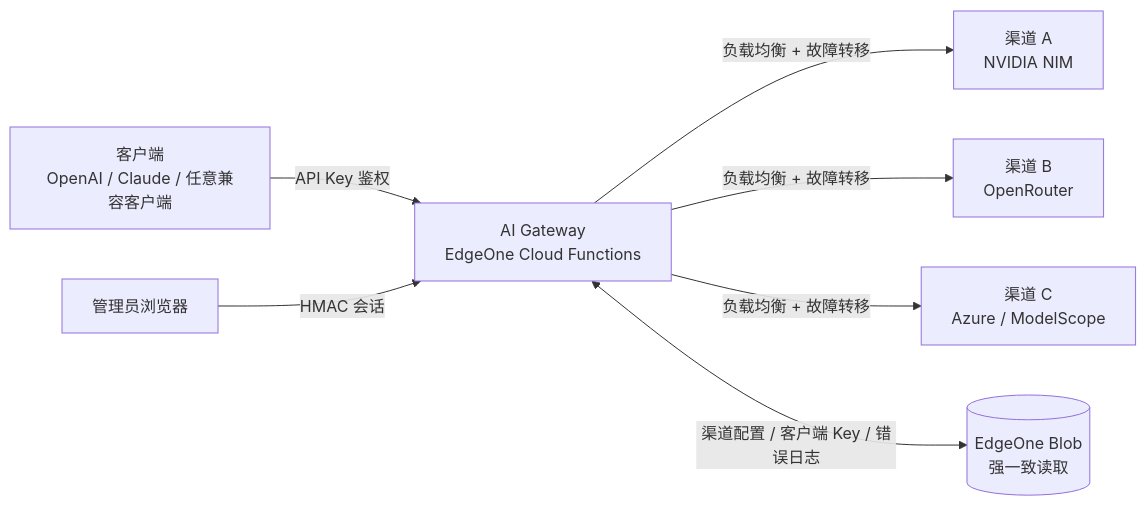
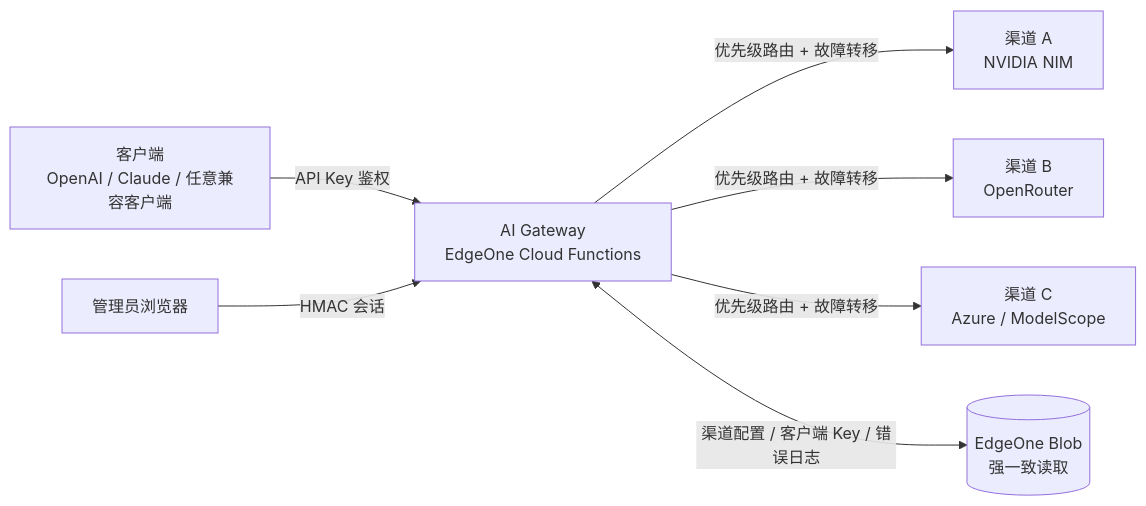
Before and after one commit to mxlitey/ai-gateway: the diagram in README.md, drawn with Mermaid. The commit also changed other lines of this file and 5 other files, not shown here.

````diff
--- a/README.md
+++ b/README.md
@@ -45,9 +45,9 @@
 ```mermaid
 flowchart LR
     Client[客户端<br/>OpenAI / Claude / 任意兼容客户端] -->|API Key 鉴权| GW[AI Gateway<br/>EdgeOne Cloud Functions]
     Admin[管理员浏览器] -->|HMAC 会话| GW
-    GW -->|负载均衡 + 故障转移| C1[渠道 A<br/>NVIDIA NIM]
-    GW -->|负载均衡 + 故障转移| C2[渠道 B<br/>OpenRouter]
-    GW -->|负载均衡 + 故障转移| C3[渠道 C<br/>Azure / ModelScope]
+    GW -->|优先级路由 + 故障转移| C1[渠道 A<br/>NVIDIA NIM]
+    GW -->|优先级路由 + 故障转移| C2[渠道 B<br/>OpenRouter]
+    GW -->|优先级路由 + 故障转移| C3[渠道 C<br/>Azure / ModelScope]
     GW <-->|渠道配置 / 客户端 Key / 错误日志| Store[(EdgeOne Blob<br/>强一致读取)]
 ```
````
